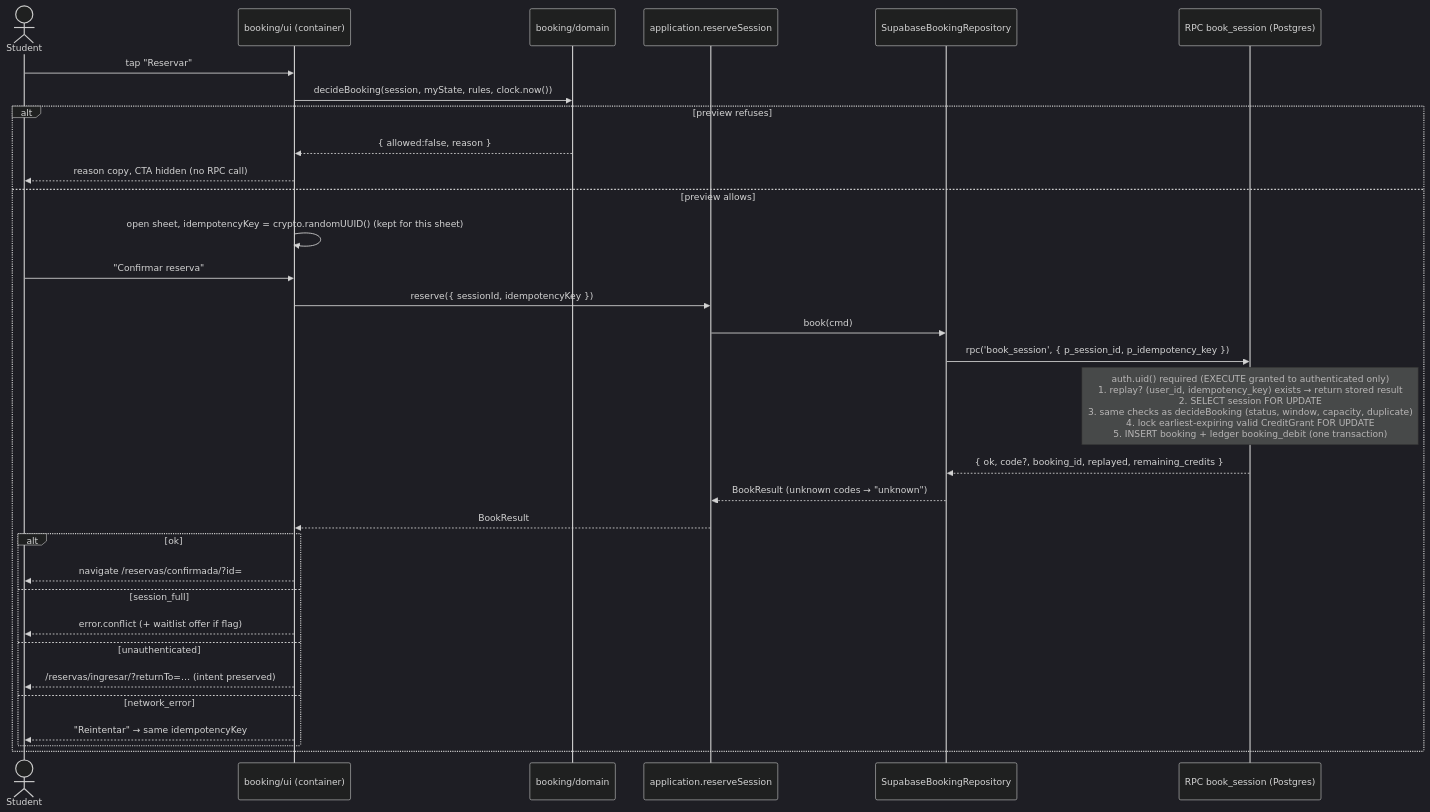
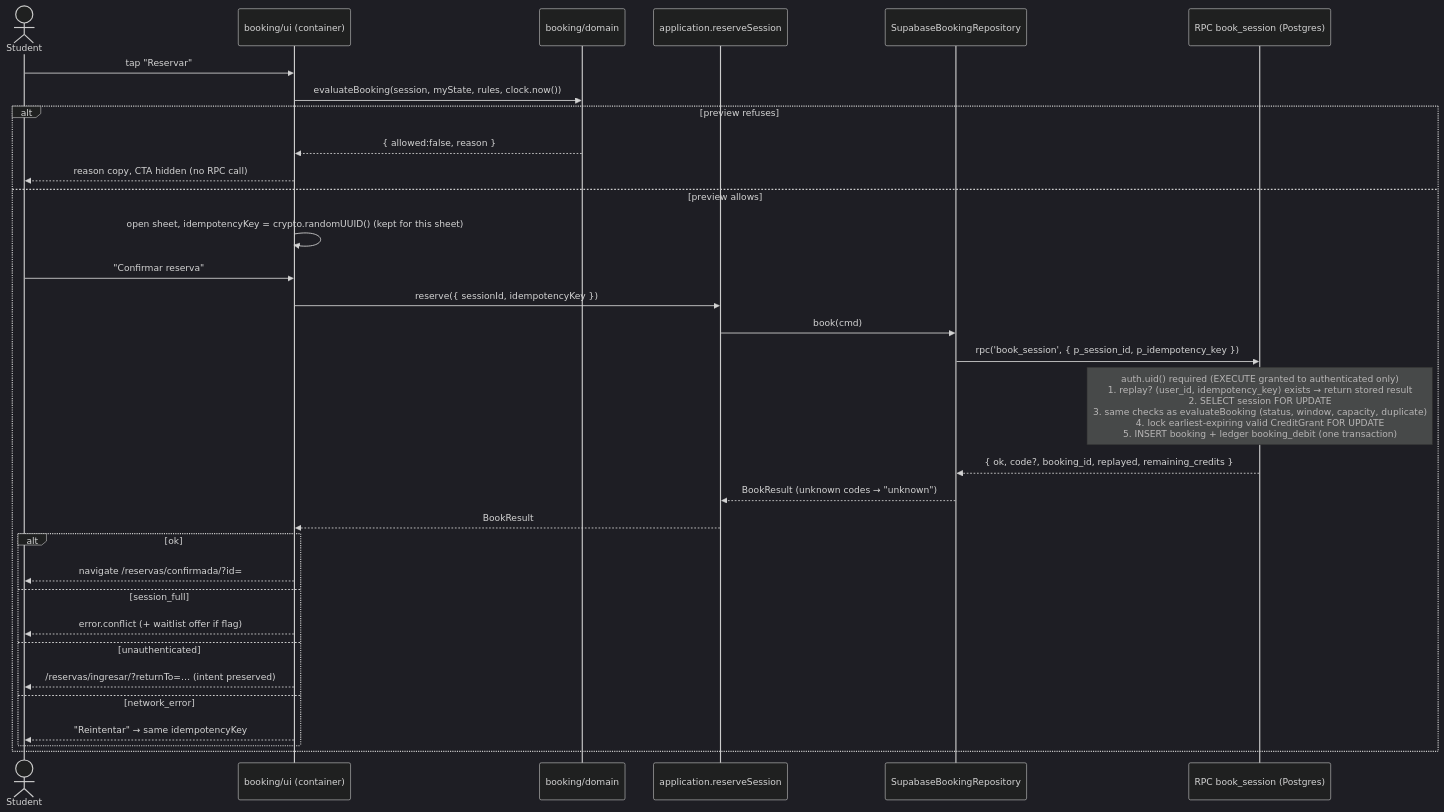
One commit to populinlou-dot/Bylou-landing changed the second of 4 diagrams in docs/booking/ARCHITECTURE.md. Above: the diagram before and after it, drawn with Mermaid (dark theme). The commit also changed other lines of this file and 4 other files, not shown here.

````diff
--- a/docs/booking/ARCHITECTURE.md
+++ b/docs/booking/ARCHITECTURE.md
@@ -130,35 +131,35 @@
 ```mermaid
 sequenceDiagram
   actor S as Student
   participant UI as booking/ui (container)
   participant DM as booking/domain
   participant APP as application.reserveSession
   participant REPO as SupabaseBookingRepository
   participant DB as RPC book_session (Postgres)
 
   S->>UI: tap "Reservar"
-  UI->>DM: decideBooking(session, myState, rules, clock.now())
+  UI->>DM: evaluateBooking(session, myState, rules, clock.now())
   alt preview refuses
     DM-->>UI: { allowed:false, reason }
     UI-->>S: reason copy, CTA hidden (no RPC call)
   else preview allows
     UI->>UI: open sheet, idempotencyKey = crypto.randomUUID() (kept for this sheet)
     S->>UI: "Confirmar reserva"
     UI->>APP: reserve({ sessionId, idempotencyKey })
     APP->>REPO: book(cmd)
     REPO->>DB: rpc('book_session', { p_session_id, p_idempotency_key })
-    Note over DB: auth.uid() required (EXECUTE granted to authenticated only)<br/>1. replay? (user_id, idempotency_key) exists → return stored result<br/>2. SELECT session FOR UPDATE<br/>3. same checks as decideBooking (status, window, capacity, duplicate)<br/>4. lock earliest-expiring valid CreditGrant FOR UPDATE<br/>5. INSERT booking + ledger booking_debit (one transaction)
+    Note over DB: auth.uid() required (EXECUTE granted to authenticated only)<br/>1. replay? (user_id, idempotency_key) exists → return stored result<br/>2. SELECT session FOR UPDATE<br/>3. same checks as evaluateBooking (status, window, capacity, duplicate)<br/>4. lock earliest-expiring valid CreditGrant FOR UPDATE<br/>5. INSERT booking + ledger booking_debit (one transaction)
     DB-->>REPO: { ok, code?, booking_id, replayed, remaining_credits }
     REPO-->>APP: BookResult (unknown codes → "unknown")
     APP-->>UI: BookResult
     alt ok
       UI-->>S: navigate /reservas/confirmada/?id=
     else session_full
       UI-->>S: error.conflict (+ waitlist offer if flag)
     else unauthenticated
       UI-->>S: /reservas/ingresar/?returnTo=… (intent preserved)
     else network_error
       UI-->>S: "Reintentar" → same idempotencyKey
     end
   end
 ```
````
